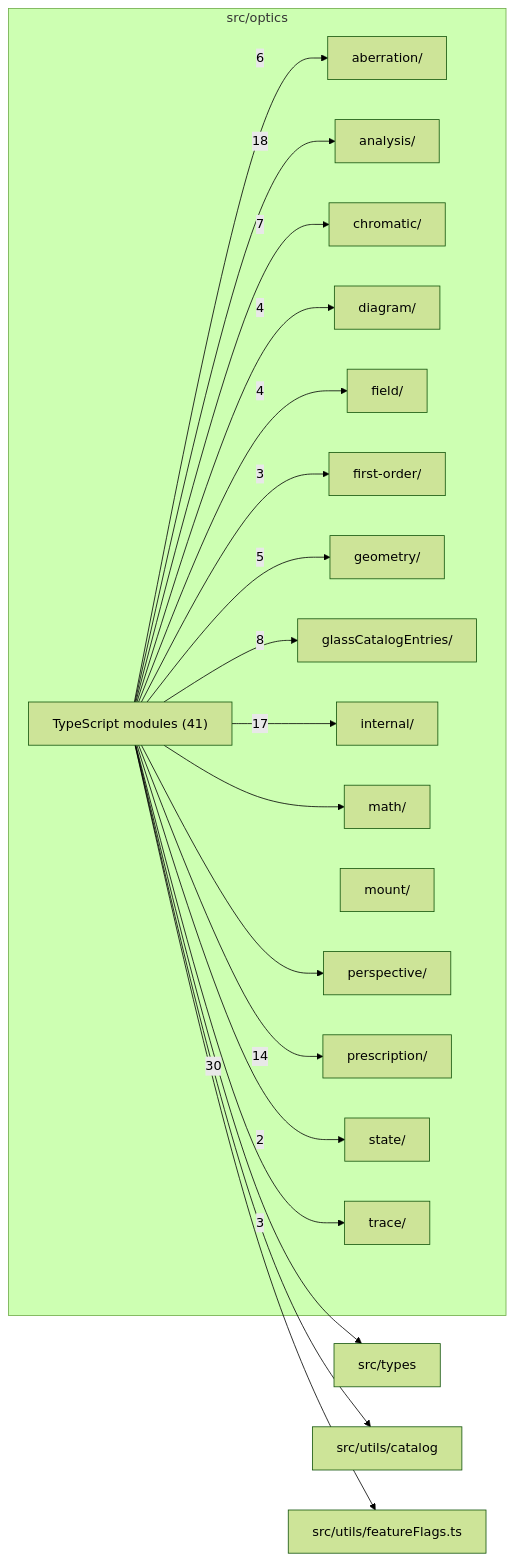
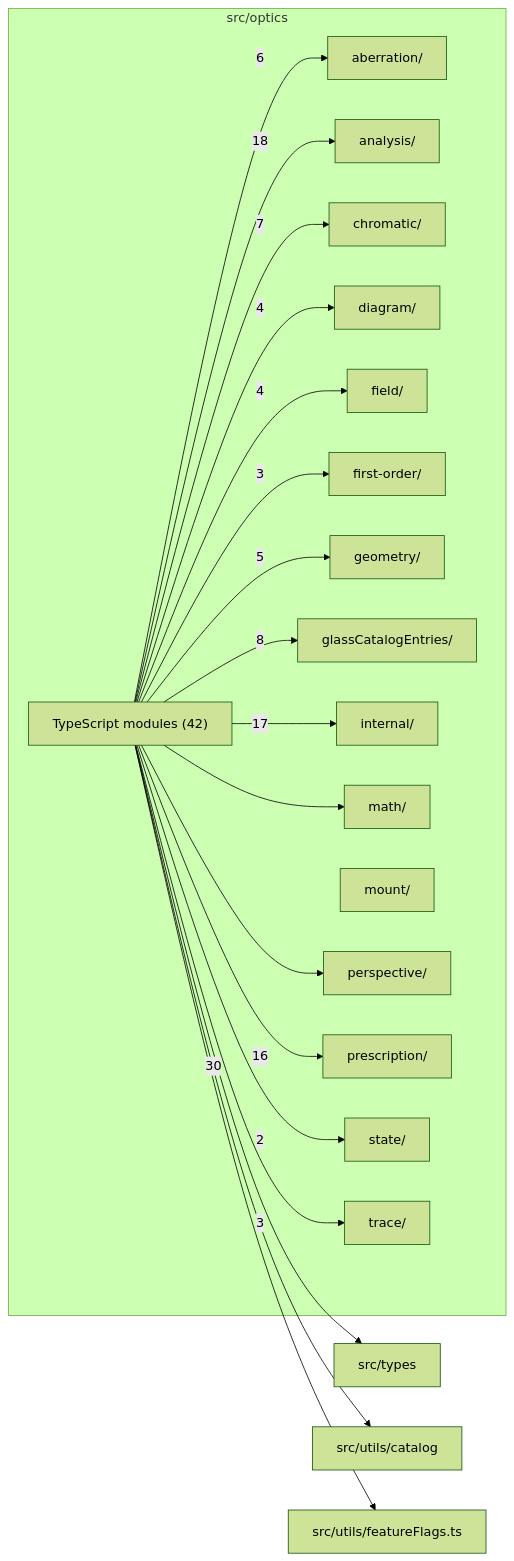
The diagram in src/optics/readme.md (ronbuening/LensVisualizer), drawn with Mermaid (forest theme) before and after one commit. The commit also changed other lines of this file and 14 other files, not shown here.

````diff
--- a/src/optics/readme.md
+++ b/src/optics/readme.md
@@ -9,41 +9,41 @@
 ```mermaid
 flowchart LR
   subgraph n_src_optics["src/optics"]
     n_src_optics_src_optics_aberration["aberration/"]
     n_src_optics_src_optics_analysis["analysis/"]
     n_src_optics_src_optics_chromatic["chromatic/"]
     n_src_optics_src_optics_diagram["diagram/"]
     n_src_optics_src_optics_field["field/"]
     n_src_optics_src_optics_first_order["first-order/"]
     n_src_optics_src_optics_geometry["geometry/"]
     n_src_optics_src_optics_glassCatalogEntries["glassCatalogEntries/"]
     n_src_optics_src_optics_internal["internal/"]
     n_src_optics_src_optics_math["math/"]
     n_src_optics_src_optics_mount["mount/"]
     n_src_optics_src_optics_perspective["perspective/"]
     n_src_optics_src_optics_prescription["prescription/"]
     n_src_optics_src_optics_state["state/"]
     n_src_optics_src_optics_trace["trace/"]
-    n_src_optics_TypeScript_modules["TypeScript modules (41)"]
+    n_src_optics_TypeScript_modules["TypeScript modules (42)"]
   end
   n_external_src_types["src/types"]
   n_external_src_utils_catalog["src/utils/catalog"]
   n_external_src_utils_featureFlags_ts["src/utils/featureFlags.ts"]
   n_src_optics_TypeScript_modules --> |30| n_external_src_types
   n_src_optics_TypeScript_modules --> |18| n_src_optics_src_optics_analysis
   n_src_optics_TypeScript_modules --> |17| n_src_optics_src_optics_internal
-  n_src_optics_TypeScript_modules --> |14| n_src_optics_src_optics_prescription
+  n_src_optics_TypeScript_modules --> |16| n_src_optics_src_optics_prescription
   n_src_optics_TypeScript_modules --> |8| n_src_optics_src_optics_glassCatalogEntries
   n_src_optics_TypeScript_modules --> |7| n_src_optics_src_optics_chromatic
   n_src_optics_TypeScript_modules --> |6| n_src_optics_src_optics_aberration
   n_src_optics_TypeScript_modules --> |5| n_src_optics_src_optics_geometry
   n_src_optics_TypeScript_modules --> |4| n_src_optics_src_optics_diagram
   n_src_optics_TypeScript_modules --> |4| n_src_optics_src_optics_field
   n_src_optics_TypeScript_modules --> |3| n_src_optics_src_optics_first_order
   n_src_optics_TypeScript_modules --> |3| n_src_optics_src_optics_trace
   n_src_optics_TypeScript_modules --> |2| n_src_optics_src_optics_state
   n_src_optics_TypeScript_modules --> n_external_src_utils_catalog
   n_src_optics_TypeScript_modules --> n_external_src_utils_featureFlags_ts
   n_src_optics_TypeScript_modules --> n_src_optics_src_optics_math
   n_src_optics_TypeScript_modules --> n_src_optics_src_optics_perspective
 ```
````
